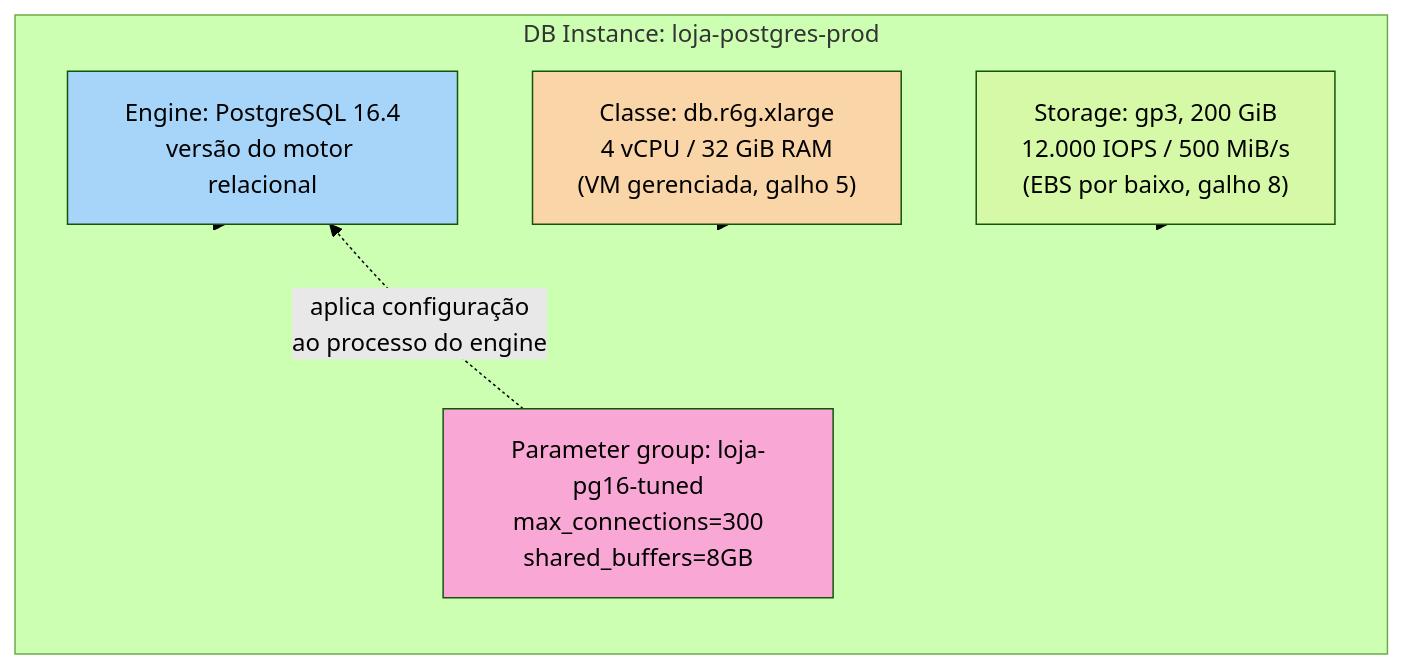
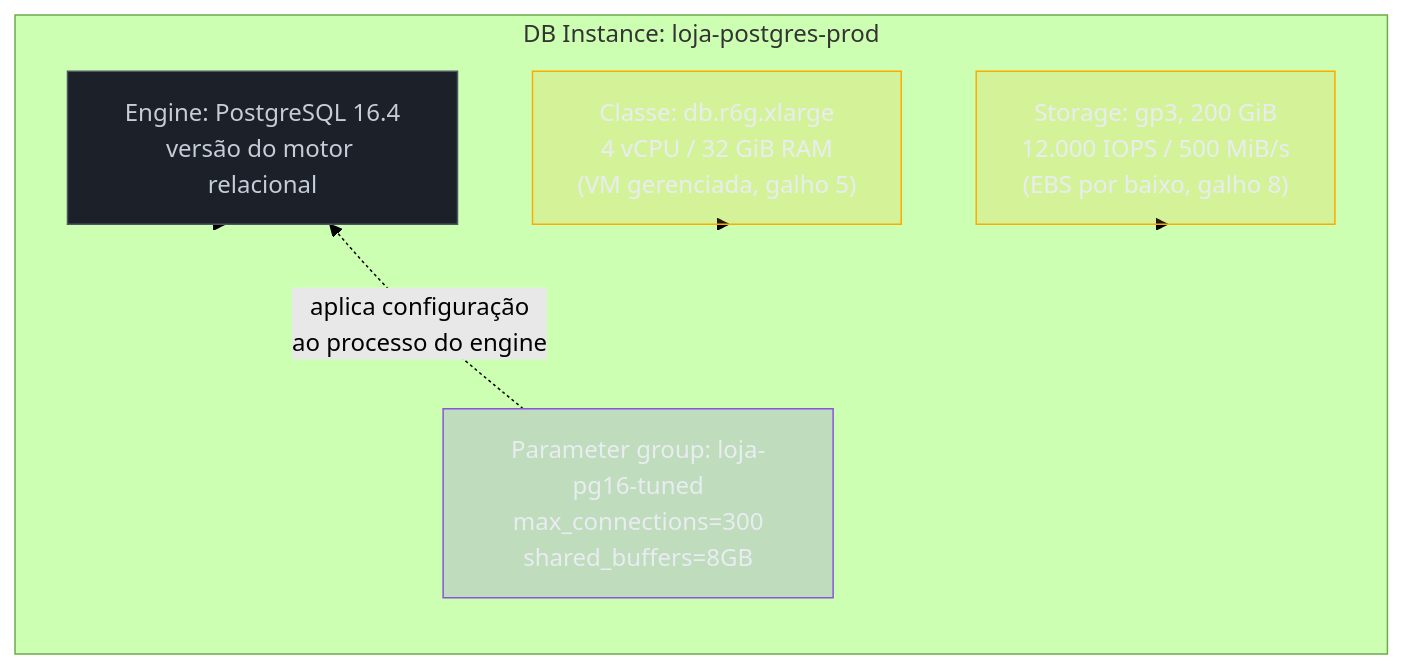
Before and after one commit to josenaldo/codex-technomanticus: the first of 3 diagrams in 03-Dominios/Tecnologia/Cloud/09 - Bancos gerenciados/02 - RDS e Managed Databases a fundo.md, drawn with Mermaid (forest theme). The commit also changed other lines of this file and 1181 other files, not shown here.

First line of the commit message:
fix(diagramas): paleta do sistema no lugar de cor cravada no markdown

````diff
--- a/03-Dominios/Tecnologia/Cloud/09 - Bancos gerenciados/02 - RDS e Managed Databases a fundo.md
+++ b/03-Dominios/Tecnologia/Cloud/09 - Bancos gerenciados/02 - RDS e Managed Databases a fundo.md
@@ -37,19 +37,22 @@
 ```mermaid
 flowchart TB
+    classDef neutro fill:#1B2029,stroke:#4E5666,color:#C6CCD8
+    classDef destaque fill:#FFAA0024,stroke:#FFAA00,color:#E9ECF2
+    classDef marca fill:#8855DF33,stroke:#8855DF,color:#E9ECF2
     subgraph DBInstance["DB Instance: loja-postgres-prod"]
         direction TB
         Engine["Engine: PostgreSQL 16.4<br/>versão do motor relacional"]
         Class["Classe: db.r6g.xlarge<br/>4 vCPU / 32 GiB RAM<br/>(VM gerenciada, galho 5)"]
         Storage["Storage: gp3, 200 GiB<br/>12.000 IOPS / 500 MiB/s<br/>(EBS por baixo, galho 8)"]
         ParamGroup["Parameter group: loja-pg16-tuned<br/>max_connections=300<br/>shared_buffers=8GB"]
     end
     Engine --> DBInstance
     Class --> DBInstance
     Storage --> DBInstance
     ParamGroup -.->|"aplica configuração<br/>ao processo do engine"| Engine
 
-    style Engine fill:#a7d5f9
-    style Class fill:#f9d5a7
-    style Storage fill:#d5f9a7
-    style ParamGroup fill:#f9a7d5
+    class Engine neutro
+    class Class destaque
+    class Storage destaque
+    class ParamGroup marca
 ```
````
